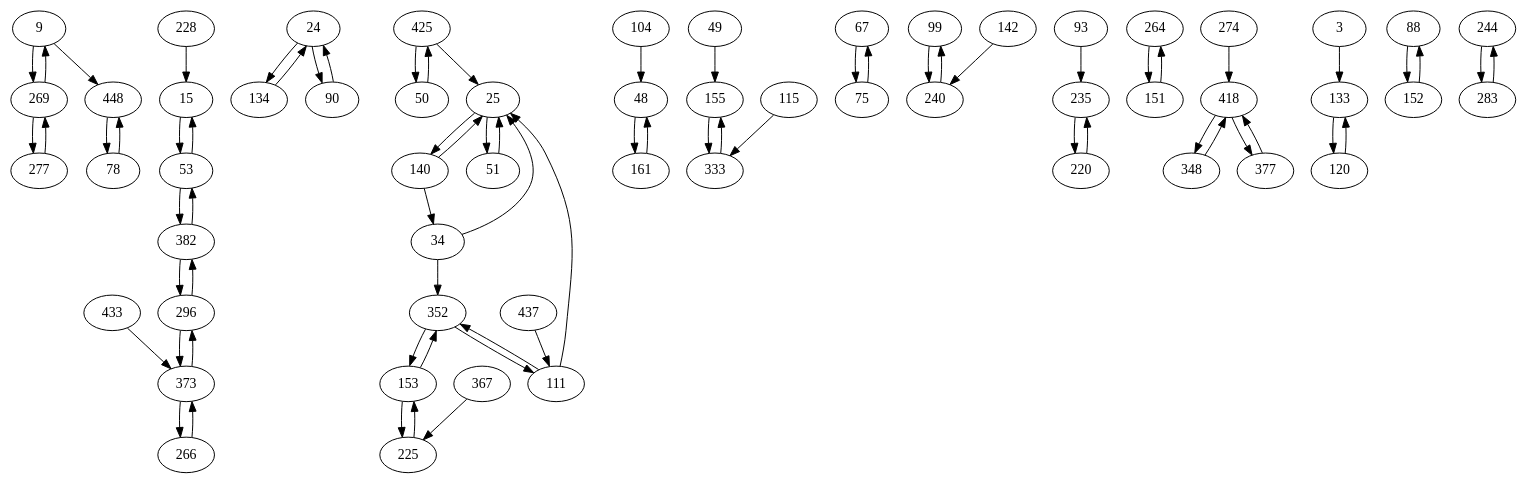
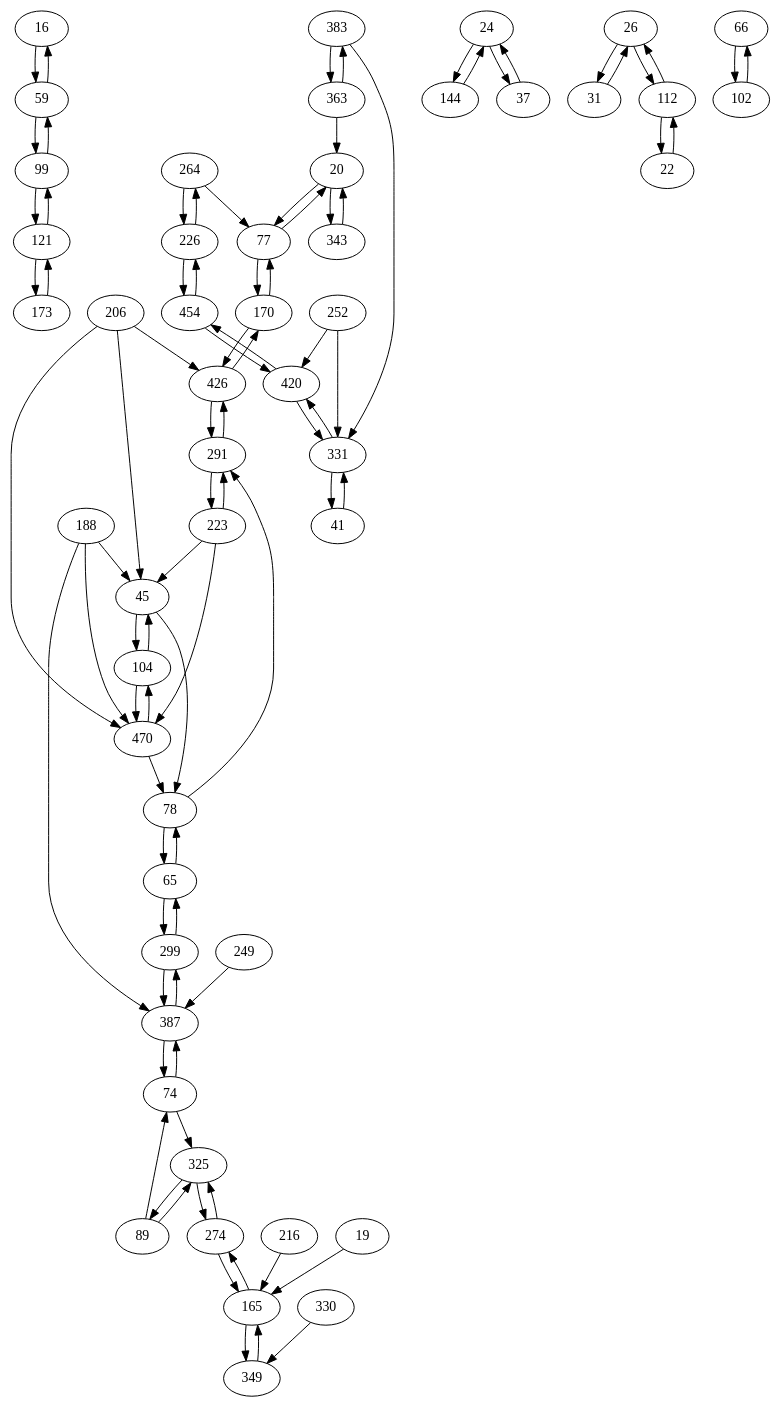
Before and after one commit to AuCson/Genome-Assembly-Implementation: the diagram in external/dbg2olc/RawBestOverlapGraphWithTies.dot, drawn with Graphviz. The commit also changed 105 other files, not shown here.

```diff
--- a/external/dbg2olc/RawBestOverlapGraphWithTies.dot
+++ b/external/dbg2olc/RawBestOverlapGraphWithTies.dot
@@ -1,73 +1,88 @@
 digraph G {
-9 -> 269;
-15 -> 53;
-24 -> 134;
-25 -> 140;
-34 -> 352;
-48 -> 161;
-49 -> 155;
-50 -> 425;
-53 -> 15;
-67 -> 75;
-75 -> 67;
-78 -> 448;
-99 -> 240;
-104 -> 48;
-111 -> 352;
-115 -> 333;
-134 -> 24;
-140 -> 34;
-142 -> 240;
-153 -> 352;
-155 -> 333;
-225 -> 153;
-235 -> 220;
-240 -> 99;
-264 -> 151;
-269 -> 9;
-274 -> 418;
-277 -> 269;
-296 -> 382;
-333 -> 155;
-352 -> 153;
-373 -> 296;
-382 -> 53;
-418 -> 348;
-425 -> 25;
-433 -> 373;
-437 -> 111;
-3 -> 133;
-9 -> 448;
-24 -> 90;
-25 -> 51;
-34 -> 25;
-51 -> 25;
-53 -> 382;
-88 -> 152;
-90 -> 24;
-93 -> 235;
-111 -> 25;
-120 -> 133;
-133 -> 120;
-140 -> 25;
-151 -> 264;
-152 -> 88;
-153 -> 225;
-161 -> 48;
-220 -> 235;
-228 -> 15;
-244 -> 283;
-266 -> 373;
-269 -> 277;
-283 -> 244;
-296 -> 373;
-348 -> 418;
-352 -> 111;
-367 -> 225;
-373 -> 266;
-377 -> 418;
-382 -> 296;
-418 -> 377;
-425 -> 50;
-448 -> 78;
+16 -> 59;
+20 -> 77;
+24 -> 144;
+26 -> 31;
+45 -> 104;
+59 -> 16;
+65 -> 299;
+74 -> 325;
+77 -> 170;
+78 -> 291;
+89 -> 325;
+99 -> 59;
+104 -> 45;
+104 -> 470;
+112 -> 26;
+121 -> 173;
+165 -> 274;
+170 -> 426;
+188 -> 45;
+188 -> 470;
+206 -> 45;
+206 -> 470;
+216 -> 165;
+223 -> 291;
+226 -> 264;
+252 -> 420;
+264 -> 226;
+274 -> 325;
+291 -> 223;
+299 -> 387;
+325 -> 274;
+330 -> 349;
+331 -> 420;
+363 -> 20;
+383 -> 363;
+387 -> 299;
+420 -> 454;
+426 -> 170;
+454 -> 226;
+470 -> 104;
+19 -> 165;
+20 -> 343;
+22 -> 112;
+24 -> 37;
+26 -> 112;
+31 -> 26;
+37 -> 24;
+41 -> 331;
+45 -> 78;
+59 -> 99;
+65 -> 78;
+66 -> 102;
+74 -> 387;
+77 -> 20;
+78 -> 65;
+89 -> 74;
+99 -> 121;
+102 -> 66;
+112 -> 22;
+121 -> 99;
+144 -> 24;
+165 -> 349;
+170 -> 77;
+173 -> 121;
+188 -> 387;
+206 -> 426;
+223 -> 45;
+223 -> 470;
+226 -> 454;
+249 -> 387;
+252 -> 331;
+264 -> 77;
+274 -> 165;
+291 -> 426;
+299 -> 65;
+325 -> 89;
+331 -> 41;
+343 -> 20;
+349 -> 165;
+363 -> 383;
+383 -> 331;
+387 -> 74;
+420 -> 331;
+426 -> 291;
+454 -> 420;
+470 -> 78;
 }
```
